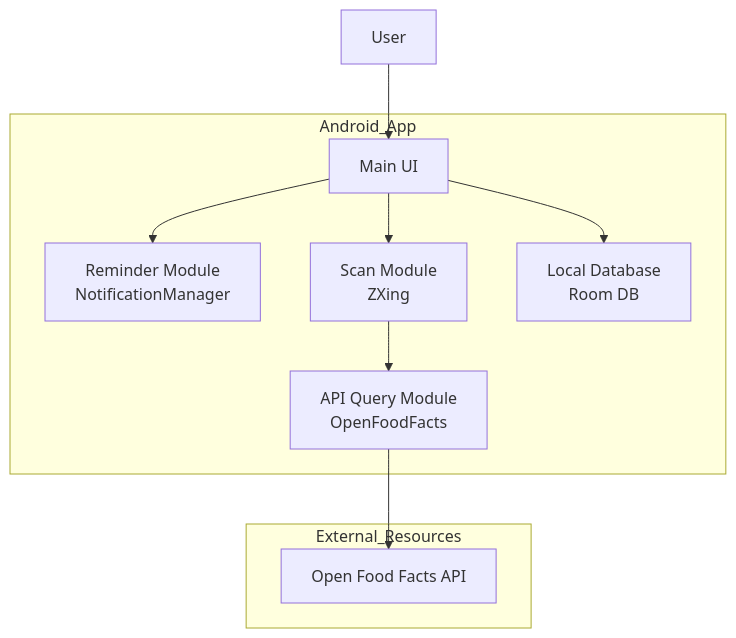
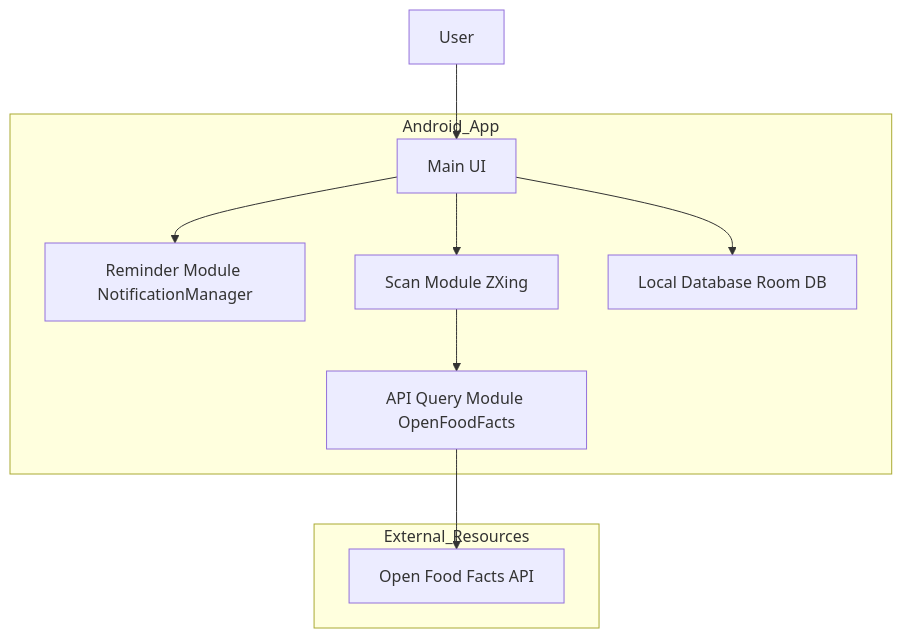
Before and after one commit to yulu1005/CountdownKitchen: the diagram in CountDownKitchen.mmd, drawn with Mermaid.

```diff
--- a/CountDownKitchen.mmd
+++ b/CountDownKitchen.mmd
@@ -1,21 +1,21 @@
 graph TD
   user[User]
 
   subgraph Android_App
     mainUI[Main UI]
-    reminder[Reminder Module\nNotificationManager]
-    scan[Scan Module\nZXing]
-    db[Local Database\nRoom DB]
-    apiModule[API Query Module\nOpenFoodFacts]
+    reminder[Reminder Module NotificationManager]
+    scan[Scan Module ZXing]
+    db[Local Database Room DB]
+    apiModule[API Query Module OpenFoodFacts]
   end
 
   subgraph External_Resources
     OFF[Open Food Facts API]
   end
 
   user --> mainUI
   mainUI --> reminder
   mainUI --> scan
   mainUI --> db
   scan --> apiModule
   apiModule --> OFF
```
